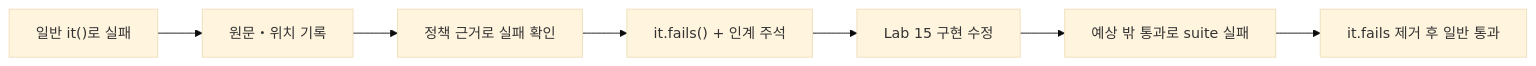
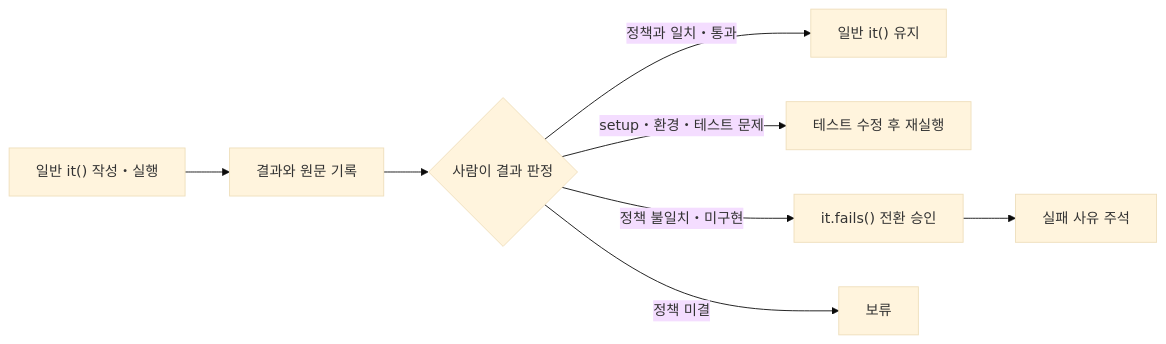
One commit to RainaKim/order-ops changed the second of 2 diagrams in labs/lecture14/README.md. Above: the diagram before and after it, drawn with Mermaid (base theme). The commit also changed other lines of this file, not shown here.

Commit message:
docs: separate lab 14 result judgment from handoff

````diff
--- a/labs/lecture14/README.md
+++ b/labs/lecture14/README.md
@@ -180,7 +181,10 @@
 ```mermaid
 flowchart LR
-  A["일반 it()로 실패"] --> B["원문・위치 기록"]
-  B --> C["정책 근거로 실패 확인"] --> D["it.fails() + 인계 주석"]
-  D --> E["Lab 15 구현 수정"] --> F["예상 밖 통과로 suite 실패"]
-  F --> G["it.fails 제거 후 일반 통과"]
+  A["일반 it() 작성・실행"] --> B["결과와 원문 기록"]
+  B --> C{"사람이 결과 판정"}
+  C -->|정책과 일치・통과| D["일반 it() 유지"]
+  C -->|setup・환경・테스트 문제| E["테스트 수정 후 재실행"]
+  C -->|정책 불일치・미구현| F["it.fails() 전환 승인"]
+  C -->|정책 미결| G["보류"]
+  F --> H["실패 사유 주석"]
 ```
````
